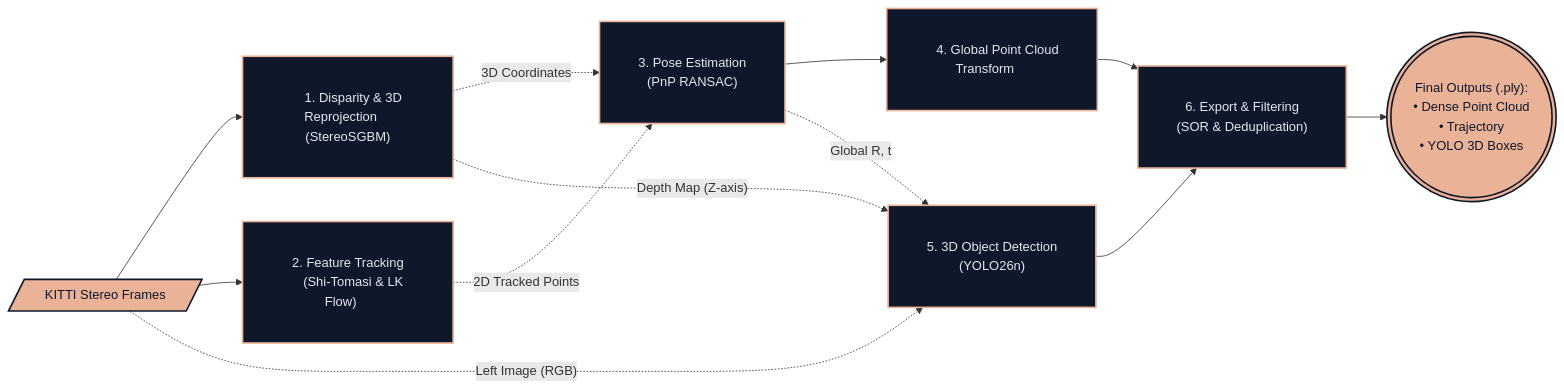
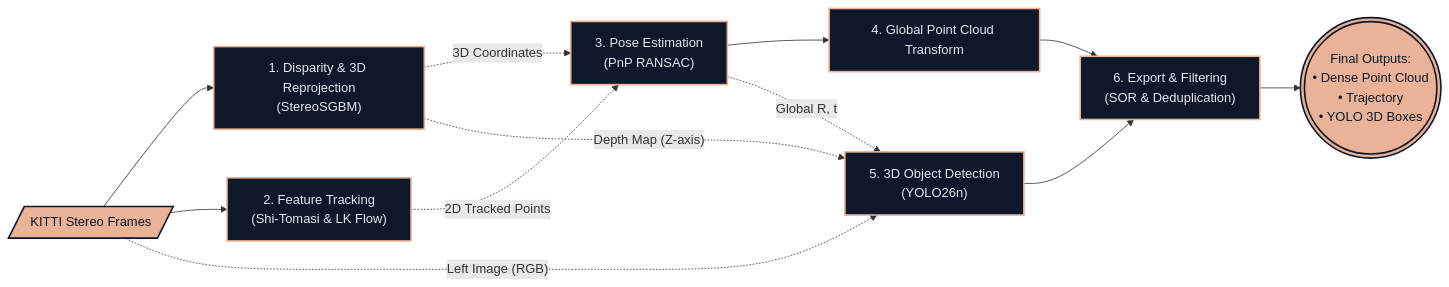
Before and after one commit to canerkaynak/epipolar-geometry-dinov2: the diagram in README.md, drawn with Mermaid.

Commit message:
Update README.md
Diagram.

````diff
--- a/README.md
+++ b/README.md
@@ -20,24 +20,24 @@
 ```mermaid
 flowchart LR
     classDef io fill:#eab296,stroke:#0f172a,stroke-width:2px,color:#0f172a;
     classDef step fill:#0f172a,stroke:#eab296,stroke-width:2px,color:#e2e8f0;
 
-    In[/"&nbsp;&nbsp;&nbsp;&nbsp;KITTI Stereo Frames&nbsp;&nbsp;&nbsp;&nbsp;"/]:::io --> S1["<br/>&nbsp;&nbsp;&nbsp;&nbsp;1. Disparity & 3D Reprojection&nbsp;&nbsp;&nbsp;&nbsp;<br/>&nbsp;&nbsp;&nbsp;&nbsp;(StereoSGBM)&nbsp;&nbsp;&nbsp;&nbsp;<br/>&nbsp;"]:::step
-    In --> S2["<br/>&nbsp;&nbsp;&nbsp;&nbsp;2. Feature Tracking&nbsp;&nbsp;&nbsp;&nbsp;<br/>&nbsp;&nbsp;&nbsp;&nbsp;(Shi-Tomasi & LK Flow)&nbsp;&nbsp;&nbsp;&nbsp;<br/>&nbsp;"]:::step
+    In[/"KITTI Stereo Frames"/]:::io --> S1["1. Disparity & 3D Reprojection<br/>(StereoSGBM)"]:::step
+    In --> S2["2. Feature Tracking<br/>(Shi-Tomasi & LK Flow)"]:::step
     
-    In -.->|"Left Image (RGB)"| S5["<br/>&nbsp;&nbsp;&nbsp;&nbsp;5. 3D Object Detection&nbsp;&nbsp;&nbsp;&nbsp;<br/>&nbsp;&nbsp;&nbsp;&nbsp;(YOLO26n)&nbsp;&nbsp;&nbsp;&nbsp;<br/>&nbsp;"]:::step
+    In -.->|"Left Image (RGB)"| S5["5. 3D Object Detection<br/>(YOLO26n)"]:::step
     
-    S1 -.->|"3D Coordinates"| S3["<br/>&nbsp;&nbsp;&nbsp;&nbsp;3. Pose Estimation&nbsp;&nbsp;&nbsp;&nbsp;<br/>&nbsp;&nbsp;&nbsp;&nbsp;(PnP RANSAC)&nbsp;&nbsp;&nbsp;&nbsp;<br/>&nbsp;"]:::step
+    S1 -.->|"3D Coordinates"| S3["3. Pose Estimation<br/>(PnP RANSAC)"]:::step
     S2 -.->|"2D Tracked Points"| S3
     
-    S3 --> S4["<br/>&nbsp;&nbsp;&nbsp;&nbsp;4. Global Point Cloud Transform&nbsp;&nbsp;&nbsp;&nbsp;<br/>&nbsp;"]:::step
+    S3 --> S4["4. Global Point Cloud Transform"]:::step
     
     S1 -.->|"Depth Map (Z-axis)"| S5
     S3 -.->|"Global R, t"| S5
     
-    S4 --> S6["<br/>&nbsp;&nbsp;&nbsp;&nbsp;6. Export & Filtering&nbsp;&nbsp;&nbsp;&nbsp;<br/>&nbsp;&nbsp;&nbsp;&nbsp;(SOR & Deduplication)&nbsp;&nbsp;&nbsp;&nbsp;<br/>&nbsp;"]:::step
+    S4 --> S6["6. Export & Filtering<br/>(SOR & Deduplication)"]:::step
     S5 --> S6
     
-    Out((("<br/>&nbsp;&nbsp;&nbsp;&nbsp;Final Outputs (.ply):&nbsp;&nbsp;&nbsp;&nbsp;<br/>&nbsp;&nbsp;&nbsp;&nbsp;• Dense Point Cloud&nbsp;&nbsp;&nbsp;&nbsp;<br/>&nbsp;&nbsp;&nbsp;&nbsp;• Trajectory&nbsp;&nbsp;&nbsp;&nbsp;<br/>&nbsp;&nbsp;&nbsp;&nbsp;• YOLO 3D Boxes&nbsp;&nbsp;&nbsp;&nbsp;<br/>&nbsp;"))):::io
+    Out(((<span style='line-height:1.5; display:block;'>Final Outputs:<br/>• Dense Point Cloud<br/>• Trajectory<br/>• YOLO 3D Boxes</span>))):::io
     S6 --> Out
 ```
````
